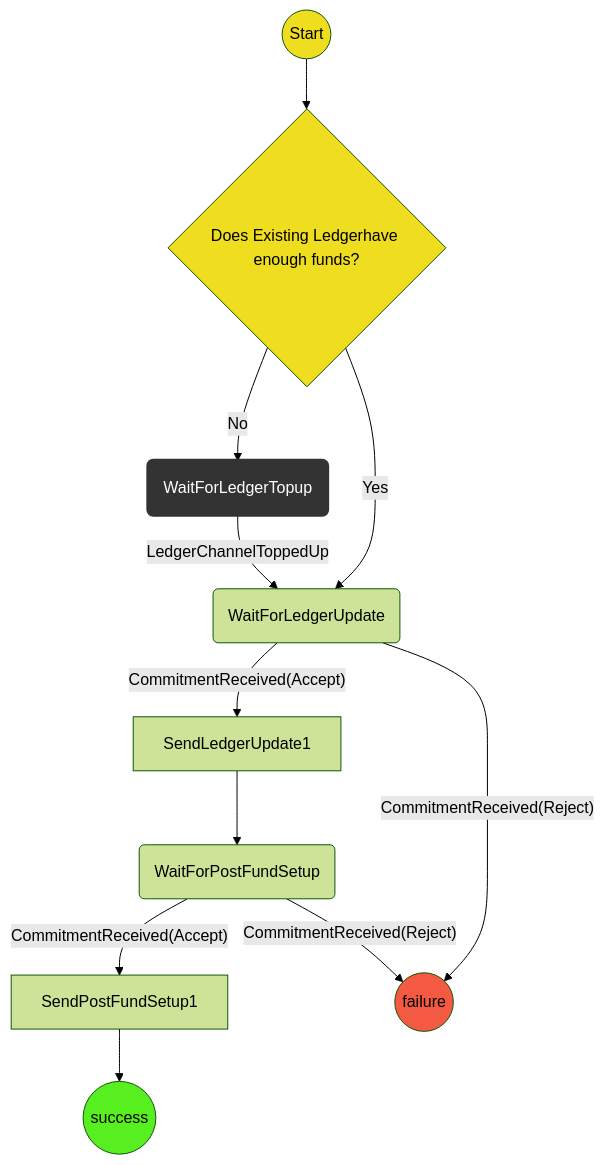
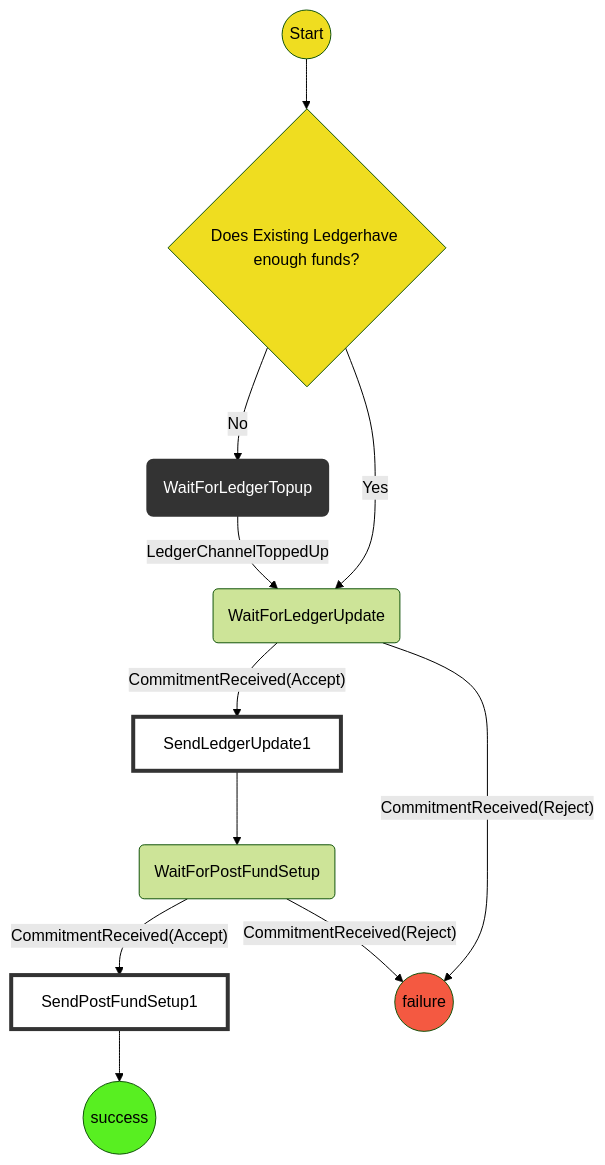
One commit to statechannels/statechannels changed the second of 2 diagrams in packages/wallet/packages/wallet/src/redux/protocols/existing-ledger-funding/readme.md. Above: the diagram before and after it, drawn with Mermaid (forest theme). The commit also changed other lines of this file and 12 other files, not shown here.

````diff
--- a/packages/wallet/packages/wallet/src/redux/protocols/existing-ledger-funding/readme.md
+++ b/packages/wallet/packages/wallet/src/redux/protocols/existing-ledger-funding/readme.md
@@ -40,22 +42,24 @@
 ```mermaid
   graph TD
   linkStyle default interpolate basis
   St((Start))-->L
   L{Does Existing Ledgerhave enough funds?}-->|No|LT(WaitForLedgerTopup)
   L{Does Existing Ledgerhave enough funds?}-->|Yes|WC(WaitForLedgerUpdate)
   LT-->|LedgerChannelToppedUp|WC(WaitForLedgerUpdate)
   WC-->|"CommitmentReceived(Accept)"|SC1[SendLedgerUpdate1]
   SC1-->WP(WaitForPostFundSetup)
   WP-->|"CommitmentReceived(Accept)"|SP1[SendPostFundSetup1]
   SP1-->Su((success))
   WC-->|"CommitmentReceived(Reject)"|F((failure))
   WP-->|"CommitmentReceived(Reject)"|F((failure))
   classDef logic fill:#efdd20;
   classDef Success fill:#58ef21;
   classDef Failure fill:#f45941;
   classDef WaitForChildProtocol stroke:#333,stroke-width:4px,color:#ffff,fill:#333;
+  classDef NotAState stroke:#333,stroke-width:4px,fill:#0000;
   class St,L logic;
   class Su Success;
   class F Failure;
   class LT WaitForChildProtocol;
+  class SC1,SP1 NotAState
 ```
````
